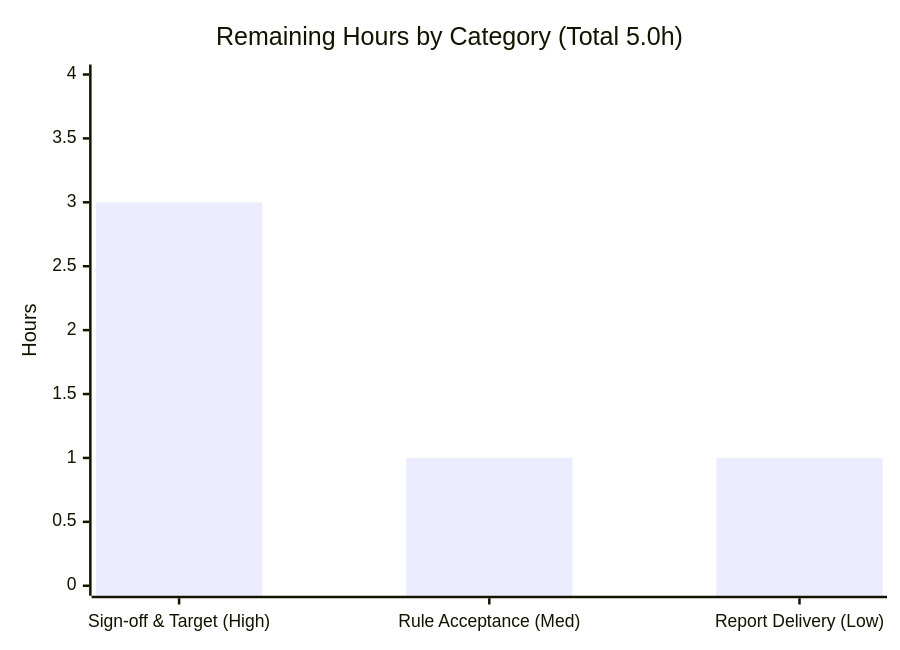
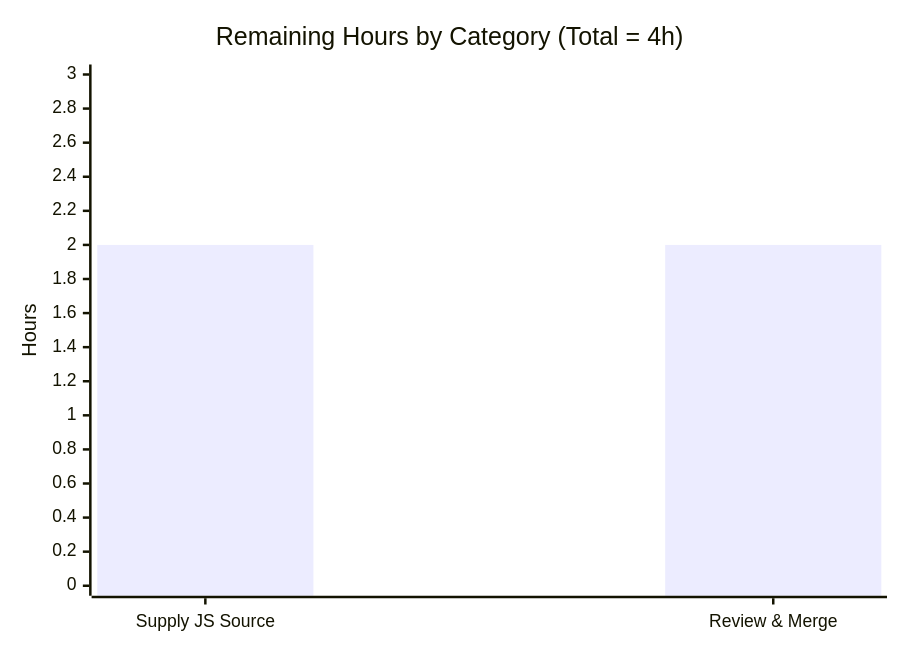
Before and after one commit to ajitblitzy/Society_mngt_300K_Nested: the third of 3 diagrams in blitzy/documentation/Project Guide.md, drawn with Mermaid. The commit also changed other lines of this file, not shown here.

Commit message:
Adding Blitzy Project Guide: Project Status and Human Tasks Remaining

````diff
--- a/blitzy/documentation/Project Guide.md
+++ b/blitzy/documentation/Project Guide.md
@@ -198,7 +189,7 @@
 ```mermaid
 xychart-beta
-    title "Remaining Hours by Category (Total 5.0h)"
-    x-axis ["Sign-off & Target (High)", "Rule Acceptance (Med)", "Report Delivery (Low)"]
-    y-axis "Hours" 0 --> 4
-    bar [3, 1, 1]
+    title "Remaining Hours by Category (Total = 4h)"
+    x-axis ["Supply JS Source", "Review & Merge"]
+    y-axis "Hours" 0 --> 3
+    bar [2, 2]
 ```
````
